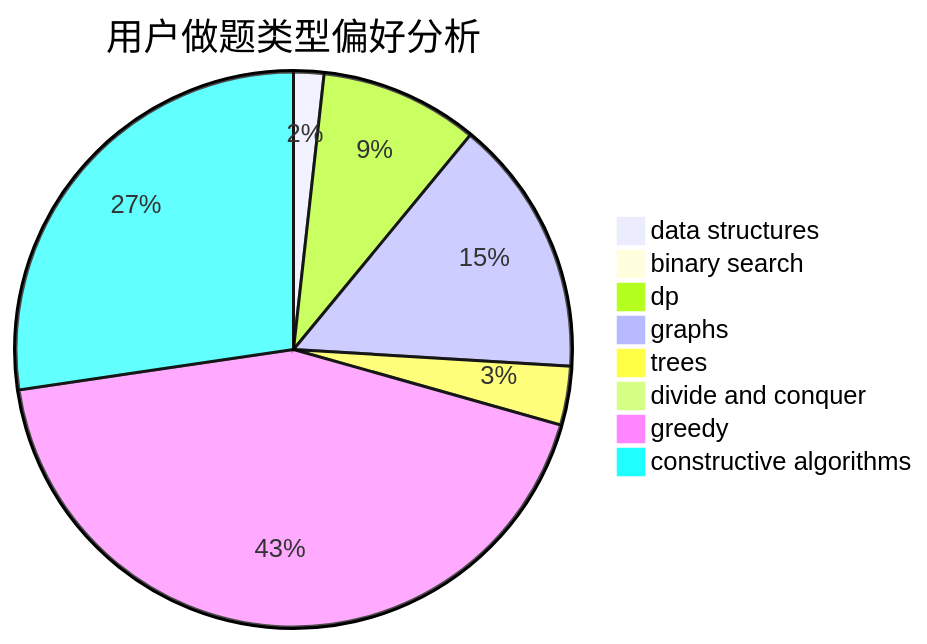
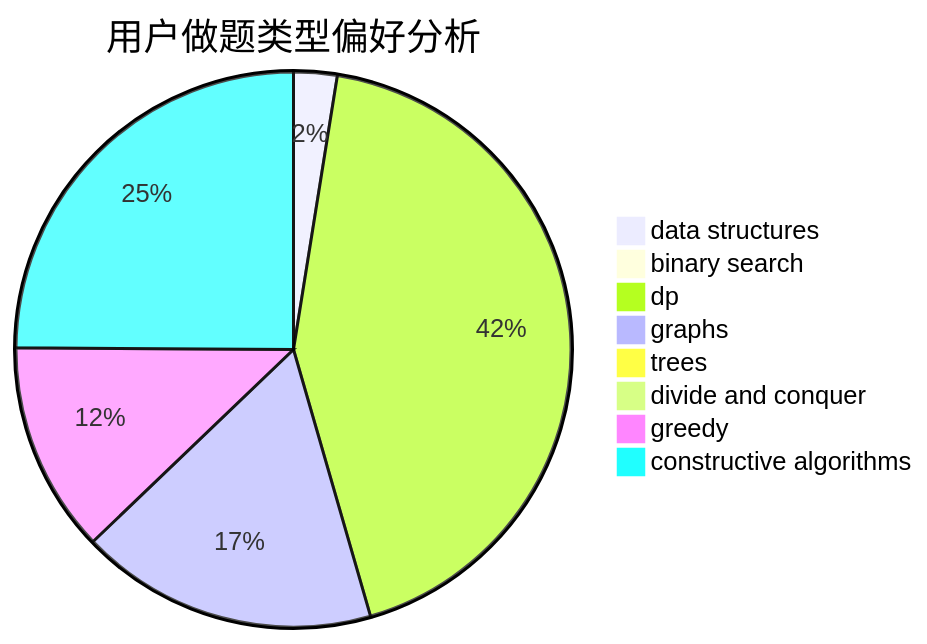
The second of 3 diagrams in docs/user/u1188.md (sherpahu/cfrs.github.io), drawn with Mermaid before and after one commit. The commit also changed other lines of this file and 2770 other files, not shown here.

````diff
--- a/docs/user/u1188.md
+++ b/docs/user/u1188.md
@@ -23,11 +23,11 @@
 ```mermaid
 pie title 用户做题类型偏好分析
-    "data structures" :  18
-    "binary search" :  6
-    "dp" :  94
-    "graphs" :  153
-    "trees" :  35
-    "divide and conquer" :  8
-    "greedy" :  442
-    "constructive algorithms" :  279
+    "data structures" :  13
+    "binary search" :  1
+    "dp" :  221
+    "graphs" :  89
+    "trees" :  5
+    "divide and conquer" :  2
+    "greedy" :  63
+    "constructive algorithms" :  128
 ```
````
